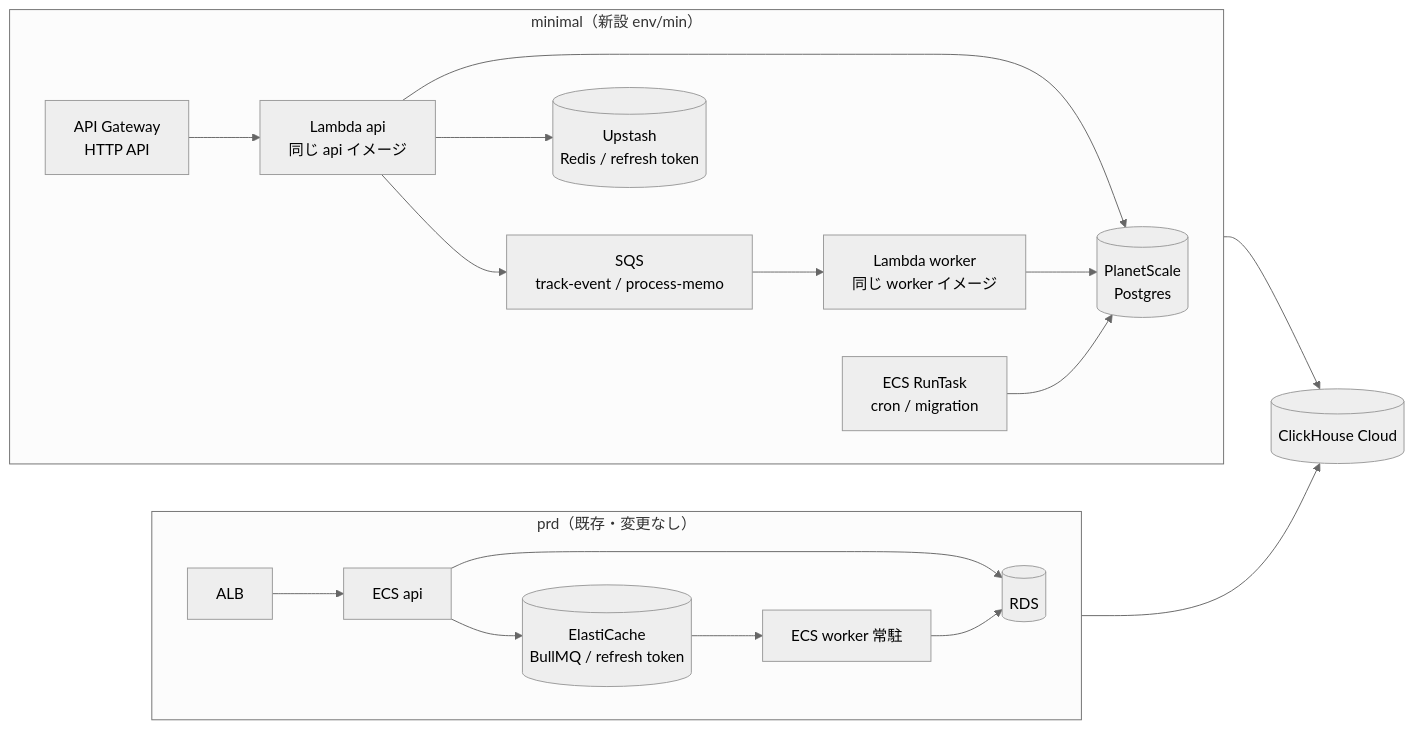
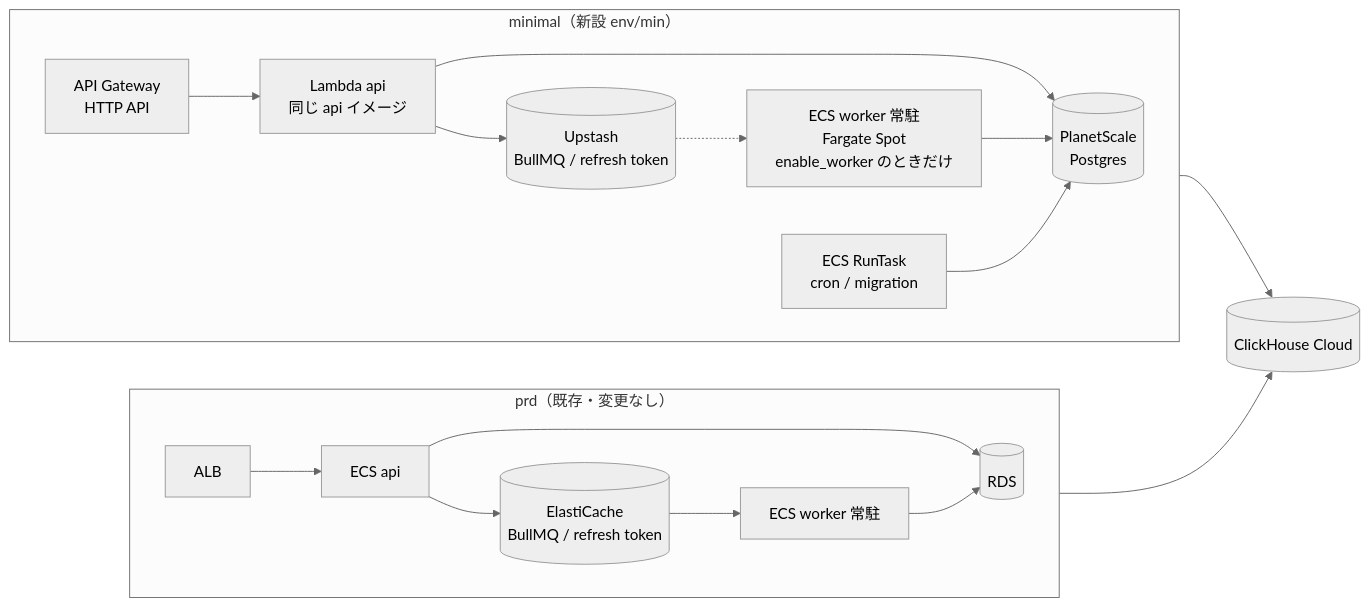
Before and after one commit to kentakki416/project-template: the first of 3 diagrams in docs/spec/minimal-deploy/README.md, drawn with Mermaid (neutral theme). The commit also changed other lines of this file and 10 other files, not shown here.

First line of the commit message:
docs(minimal-deploy): worker を BullMQ + Fargate Spot にし、IaC で作るかを切り替える

````diff
--- a/docs/spec/minimal-deploy/README.md
+++ b/docs/spec/minimal-deploy/README.md
@@ -113,25 +115,24 @@
 ```mermaid
 flowchart LR
     subgraph prd["prd（既存・変更なし）"]
         direction LR
         P_ALB[ALB] --> P_API[ECS api]
         P_API --> P_REDIS[(ElastiCache<br/>BullMQ / refresh token)]
         P_REDIS --> P_WORKER[ECS worker 常駐]
         P_API --> P_RDS[(RDS)]
         P_WORKER --> P_RDS
     end
 
     subgraph min["minimal（新設 env/min）"]
         direction LR
         M_GW[API Gateway<br/>HTTP API] --> M_API[Lambda api<br/>同じ api イメージ]
-        M_API --> M_SQS[SQS<br/>track-event / process-memo]
-        M_SQS --> M_WORKER[Lambda worker<br/>同じ worker イメージ]
+        M_API --> M_UP[(Upstash<br/>BullMQ / refresh token)]
+        M_UP -.-> M_WORKER[ECS worker 常駐<br/>Fargate Spot<br/>enable_worker のときだけ]
         M_API --> M_PS[(PlanetScale<br/>Postgres)]
-        M_API --> M_UP[(Upstash<br/>Redis / refresh token)]
         M_WORKER --> M_PS
         M_CRON[ECS RunTask<br/>cron / migration] --> M_PS
     end
 
     P_WORKER --> CH[(ClickHouse Cloud)]
     M_WORKER --> CH
 ```
````
